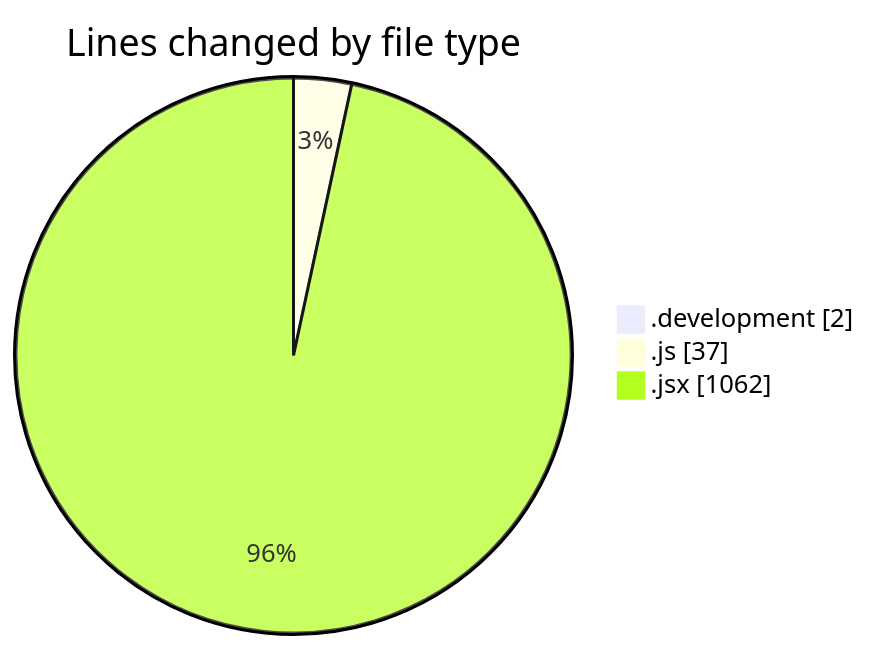
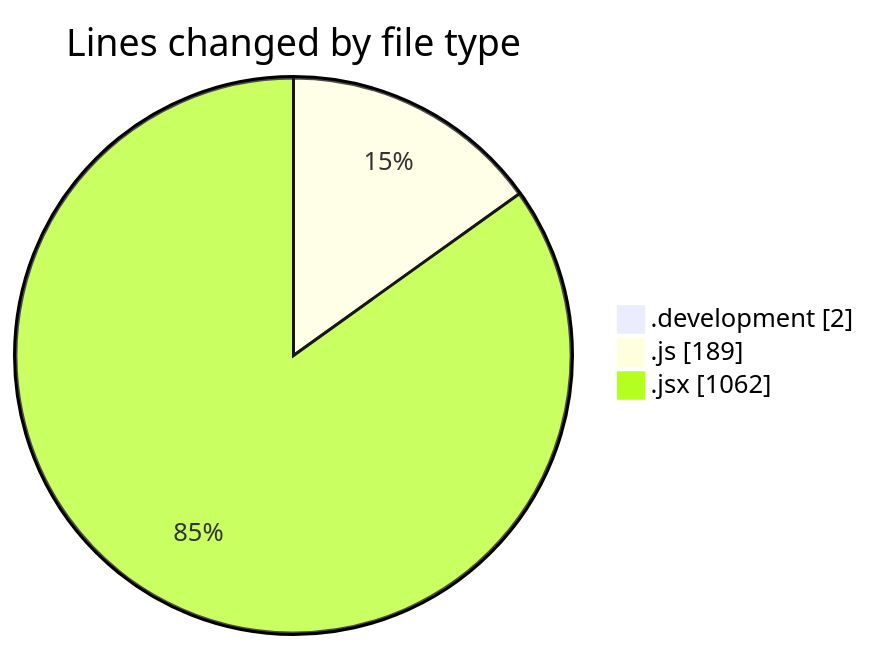
The first of 2 diagrams in 2025-11-10/nxtqube_webapp/README.md (nxtqubesakshisongat/code-tracking), drawn with Mermaid before and after one commit. The commit also changed other lines of this file and 1 other file, not shown here.

````diff
--- a/2025-11-10/nxtqube_webapp/README.md
+++ b/2025-11-10/nxtqube_webapp/README.md
@@ -23,7 +24,7 @@
 ```mermaid
 pie showData
 title Lines changed by file type
 ".development" : 2
-".js" : 37
+".js" : 189
 ".jsx" : 1062
 ```
````
